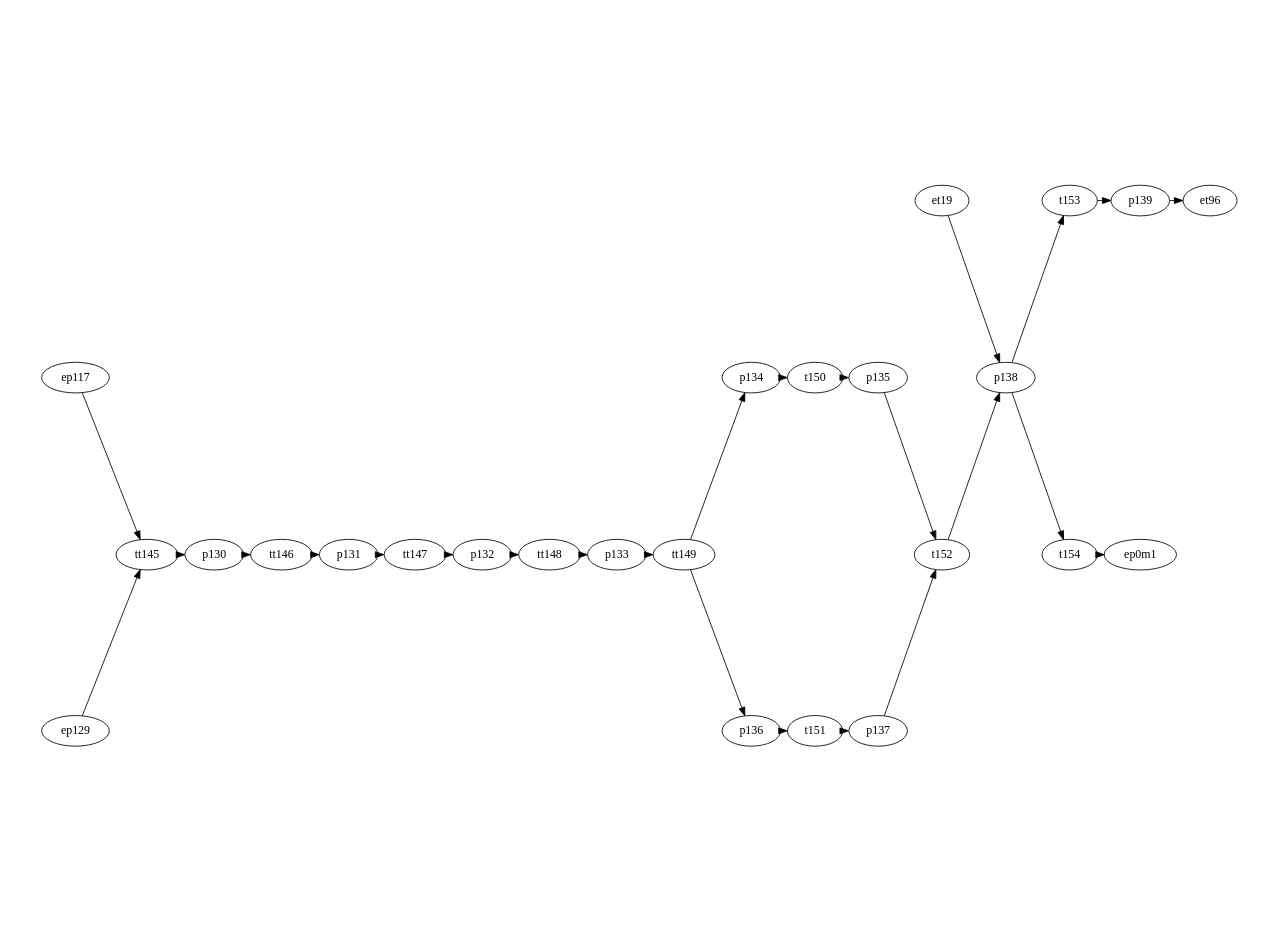
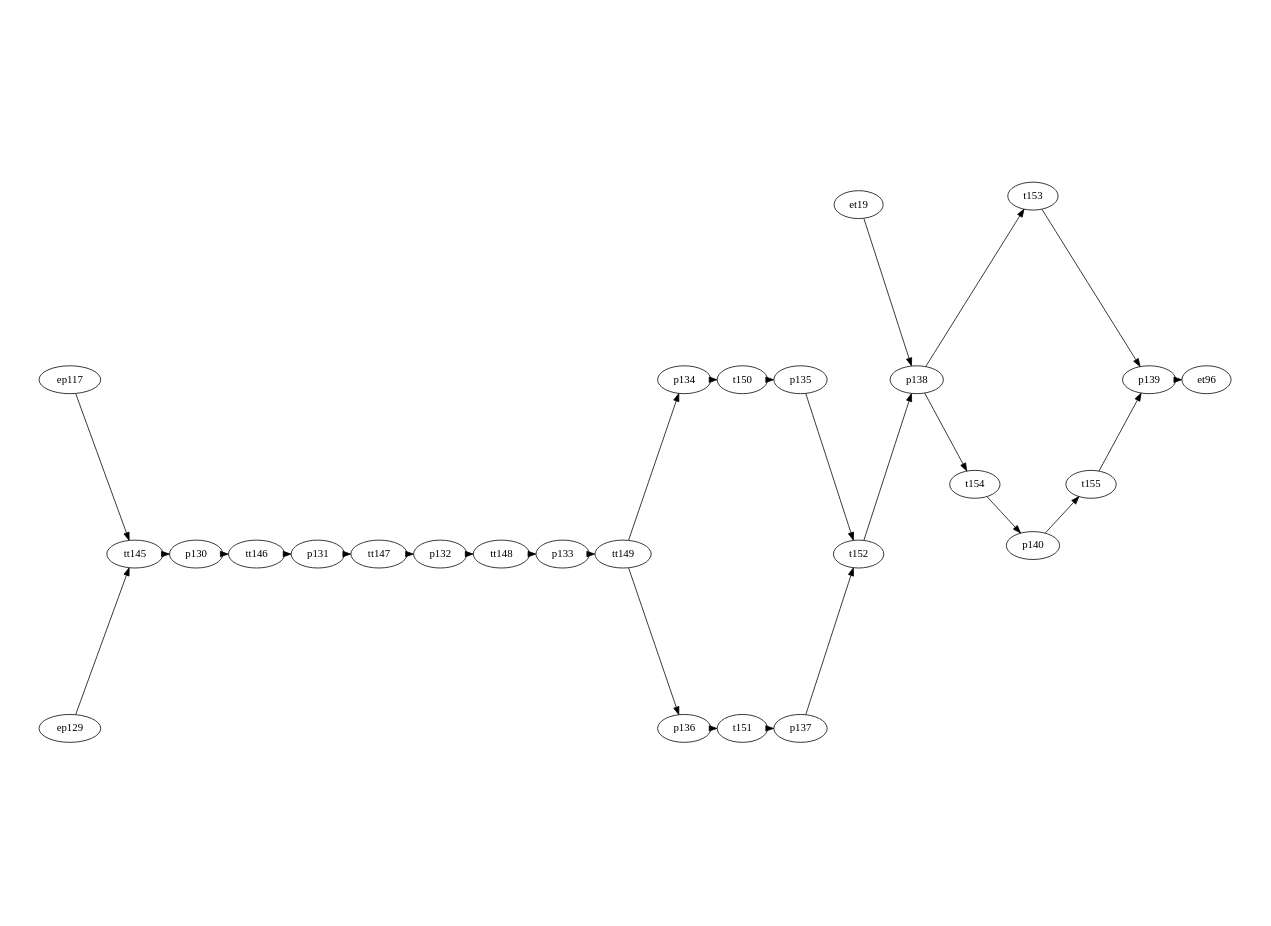
Before and after one commit to Accacio/docsTCC: the diagram in figures/petriNet/partial/storePiece.dot, drawn with Graphviz. The commit also changed 54 other files, not shown here.

```diff
--- a/figures/petriNet/partial/storePiece.dot
+++ b/figures/petriNet/partial/storePiece.dot
@@ -1,86 +1,87 @@
 digraph A {
     # splines = ortho
     rankdir=LR;
     ratio=fill
     graph [pad="0.5", nodesep="0.05", ranksep="0.02"];
     margin=0;
     size="11.7,8.3!"
 # PetriNetBegin
 
 ## Módulo armazenador (coloca peça e reset)
 
   p130
   p131
   p132
   p133
   p134
   p135
   p136
   p137
   p138
   p139
+  p140
   
   tt145
   tt146
   tt147
   tt148
   tt149
   t150
   t151
   t152
   t153
   t154
+  t155
 
 
 # subgraph cluster_9 {
 #   label="Store Piece";
 #   labelloc = t
 ##   margin=0.3
 #   style="dashed"
 ## color="red"
 ## pre
 
   p130 -> tt146
   p131 -> tt147
   p132 -> tt148
   p133 -> tt149
   p134 -> t150
   p135 -> t152
   p136 -> t151
   p137 -> t152
   p138 -> t153
   p138 -> t154
+  p140 -> t155
 
 
 ## pos
 
   tt145 -> p130
   tt146 -> p131
   tt147 -> p132
   tt148 -> p133
   tt149 -> p134
   tt149 -> p136
   t150 -> p135
   t151 -> p137
   t152 -> p138
   t153 -> p139
-
+  t154 -> p140
+  t155 -> p139
 
 # }
 
 ep117
 ep129
 ep117 -> tt145
 ep129 -> tt145
-
-ep0m1
-t154 -> ep0m1
 
 et96
 p139 -> et96
 
 et19
 et19 -> p138
 
 # PetriNetEnd
 }
```
